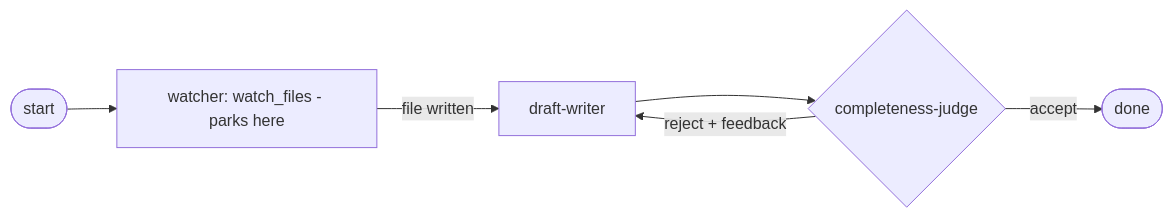
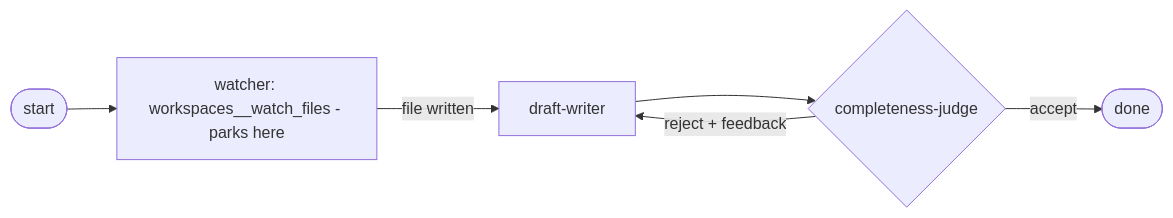
Before and after one commit to primerhq/primer: the second of 2 diagrams in primer/user_docs/getting-started/quickstart.md, drawn with Mermaid. The commit also changed other lines of this file, not shown here.

Commit message:
docs(user): fix quickstart tool ids and internal-collections flow

````diff
--- a/primer/user_docs/getting-started/quickstart.md
+++ b/primer/user_docs/getting-started/quickstart.md
@@ -125,8 +125,8 @@
 ```mermaid
 flowchart LR
-    s([start]) --> w[watcher: watch_files - parks here]
+    s([start]) --> w[watcher: workspaces__watch_files - parks here]
     w -->|file written| d[draft-writer]
     d --> j{completeness-judge}
     j -->|reject + feedback| d
     j -->|accept| done([done])
 ```
````
